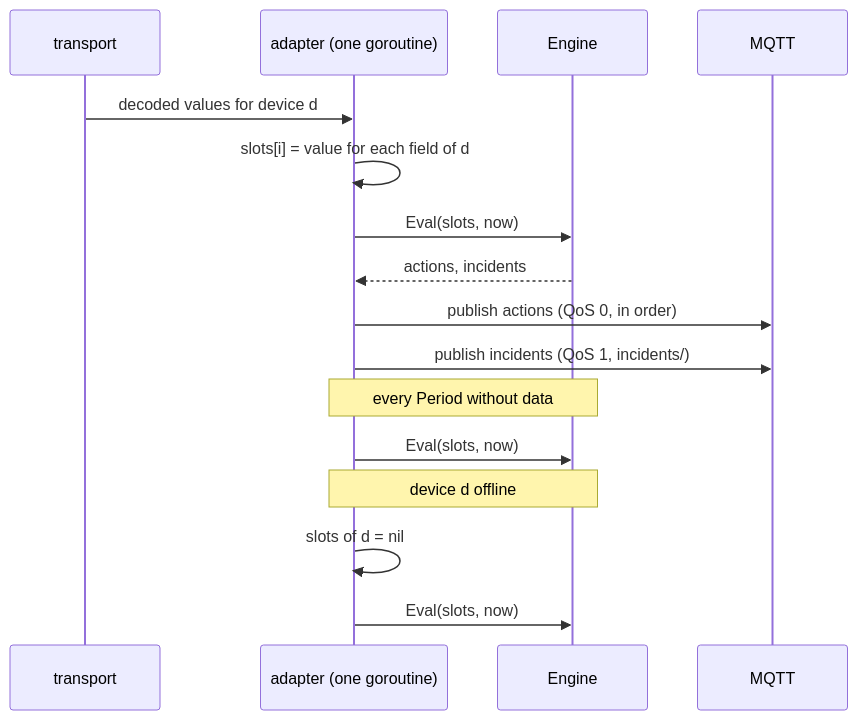
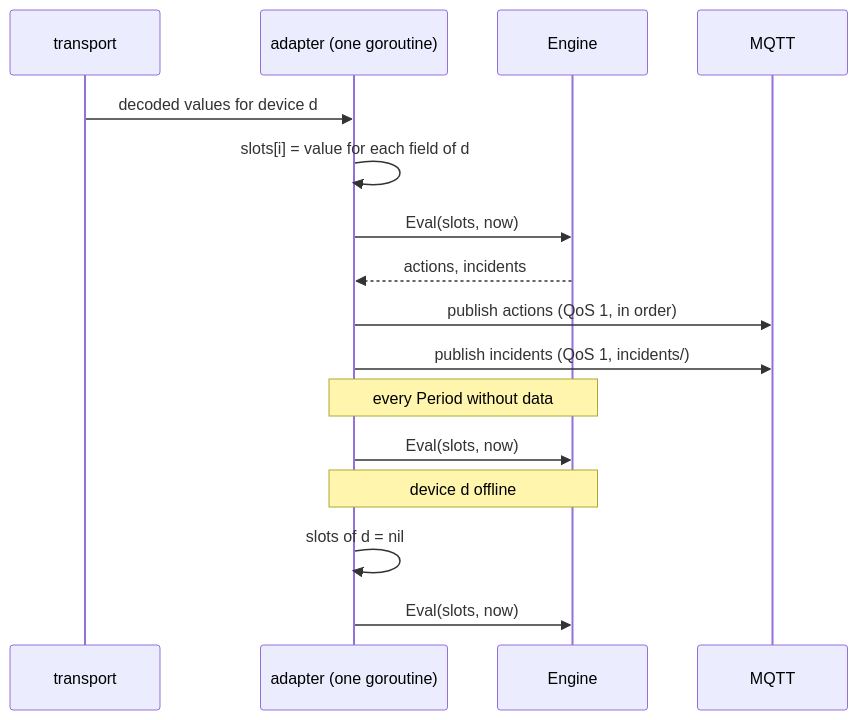
Before and after one commit to o16s/rules-editor: the second of 2 diagrams in rules-engine/specs/system_architecture/SYSARCH-002-service-adapter.md, drawn with Mermaid. The commit also changed other lines of this file and 20 other files, not shown here.

````diff
--- a/rules-engine/specs/system_architecture/SYSARCH-002-service-adapter.md
+++ b/rules-engine/specs/system_architecture/SYSARCH-002-service-adapter.md
@@ -71,18 +71,18 @@
 ```mermaid
 sequenceDiagram
     participant T as transport
     participant A as adapter (one goroutine)
     participant E as Engine
     participant M as MQTT
     T->>A: decoded values for device d
     A->>A: slots[i] = value for each field of d
     A->>E: Eval(slots, now)
     E-->>A: actions, incidents
-    A->>M: publish actions (QoS 0, in order)
+    A->>M: publish actions (QoS 1, in order)
     A->>M: publish incidents (QoS 1, incidents/)
     Note over A,E: every Period without data
     A->>E: Eval(slots, now)
     Note over A,E: device d offline
     A->>A: slots of d = nil
     A->>E: Eval(slots, now)
 ```
````
